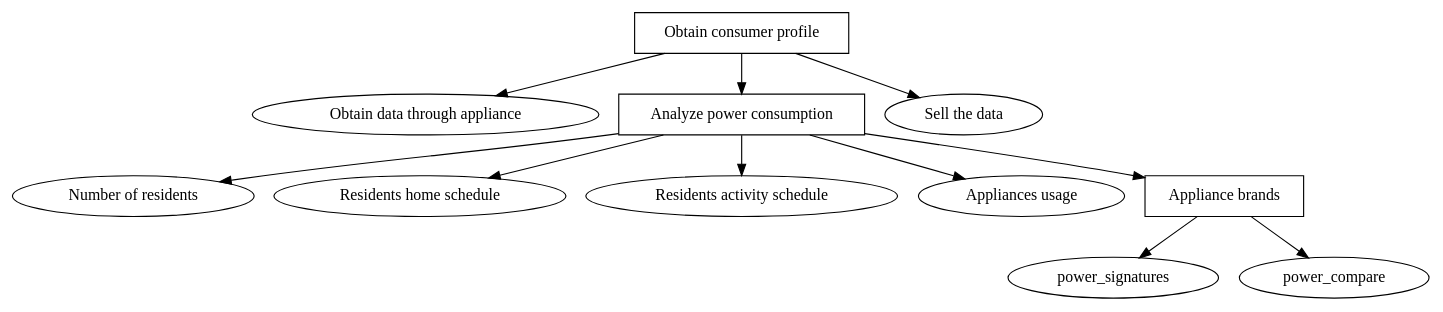
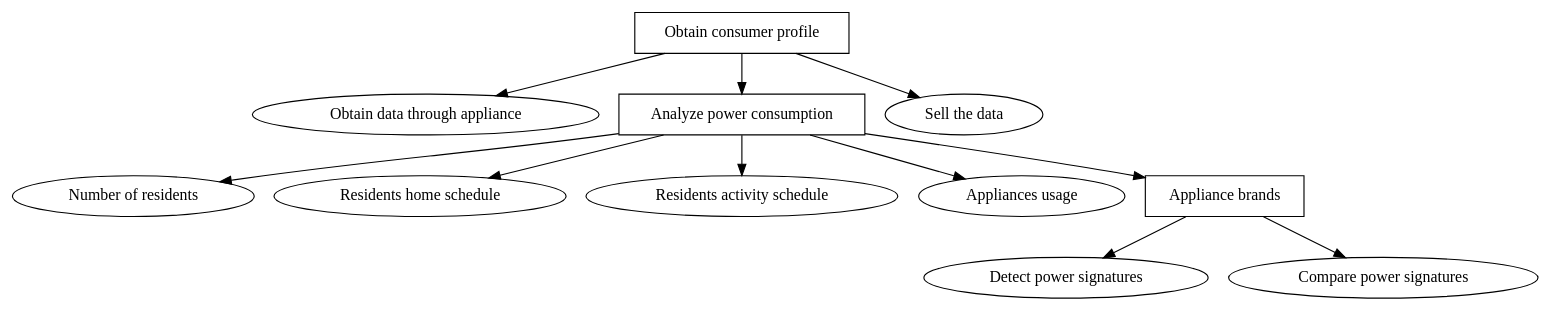
The diagram in figures/graphviz/appliancecompany_vs_consumer.dot (des904e15/report), drawn with Graphviz before and after one commit. The commit also changed 1 other file, not shown here.

```diff
--- a/figures/graphviz/appliancecompany_vs_consumer.dot
+++ b/figures/graphviz/appliancecompany_vs_consumer.dot
@@ -1,27 +1,29 @@
 digraph G{
 	node [style=filled fillcolor=white]
 
 	root[label="Obtain consumer profile",shape=AND];	
 
 	obtain_data[label="Obtain data through appliance"];
 	analyse_power_consumption[label="Analyze power consumption",shape=OR];
 	sell_data[label="Sell the data"];
 
 	root -> obtain_data;
 	root -> sell_data;	
 
 	
 
 	residents[label="Number of residents"];
 	home[label="Residents home schedule"];
 	activity_residents[label="Residents activity schedule"];
 	when_appl[label="Appliances usage"];
 	what_appl[label="Appliance brands",shape=AND];
 
 	
 	root -> analyse_power_consumption;
 	analyse_power_consumption ->  residents, activity_residents, home, when_appl, what_appl;
 
+	power_signatures[label="Detect power signatures"];
+	power_compare[label="Compare power signatures"];
 	what_appl -> power_signatures, power_compare;
 	
 	}
```
